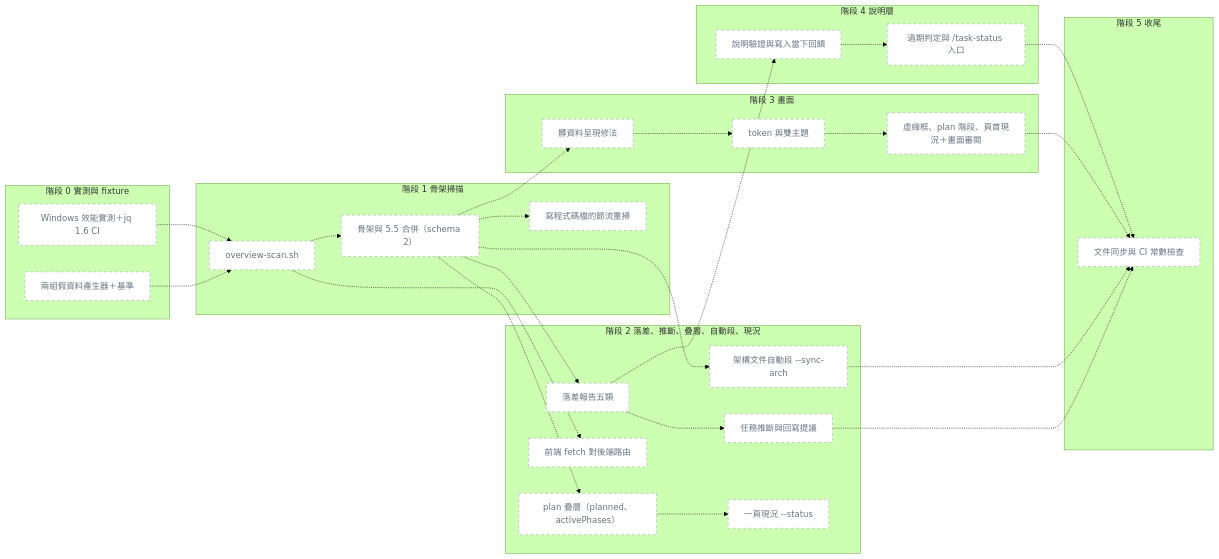
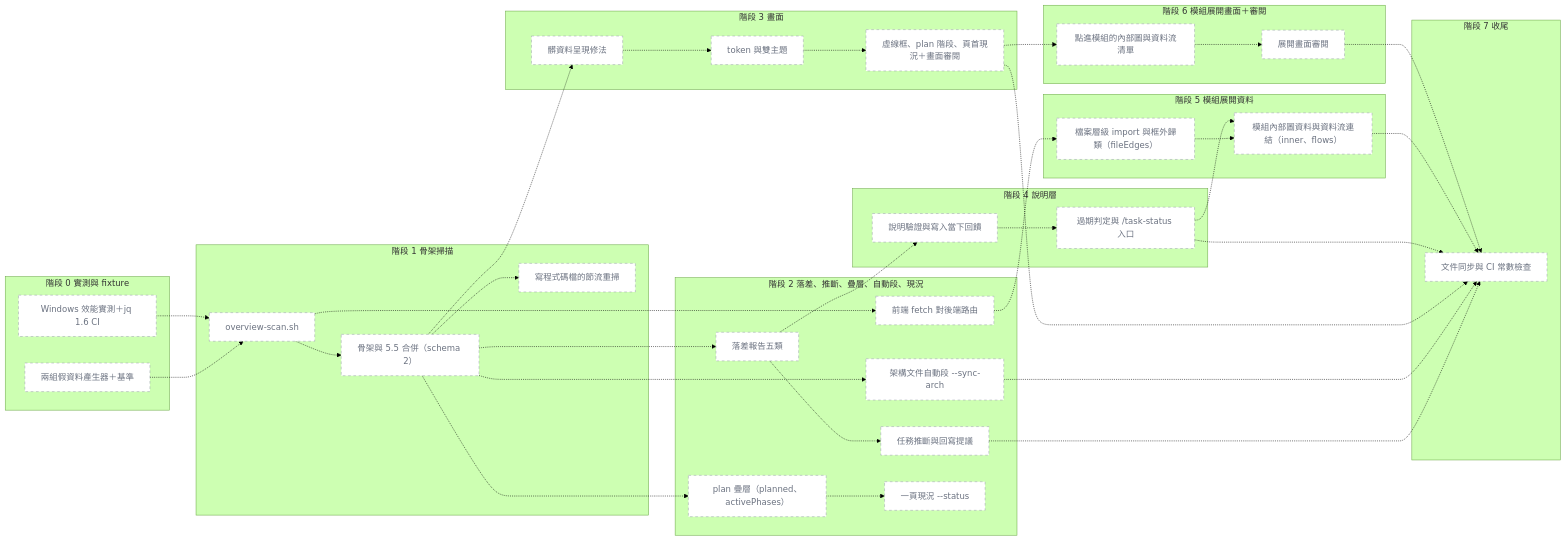
The diagram in .claude/taskmaster-data/plans/adhoc-2026-11-05-overview-from-code.md (bheadwei/claude-GUNDAM-zh-tw), drawn with Mermaid (forest theme) before and after one commit. The commit also changed other lines of this file and 8 other files, not shown here.

````diff
--- a/.claude/taskmaster-data/plans/adhoc-2026-11-05-overview-from-code.md
+++ b/.claude/taskmaster-data/plans/adhoc-2026-11-05-overview-from-code.md
@@ -58,53 +65,68 @@
 ```mermaid
 flowchart LR
   classDef planned fill:#ffffff,stroke:#9ca3af,stroke-dasharray:5 5,color:#6b7280
   subgraph s0["階段 0 實測與 fixture"]
     p1["兩組假資料產生器＋基準"]
     p2["Windows 效能實測＋jq 1.6 CI"]
   end
   subgraph s1["階段 1 骨架掃描"]
     p3["overview-scan.sh"]
     p4["骨架與 5.5 合併（schema 2）"]
     p5["寫程式碼檔的節流重掃"]
   end
   subgraph s2["階段 2 落差、推斷、疊層、自動段、現況"]
     p6["落差報告五類"]
     p7["任務推斷與回寫提議"]
     p8["前端 fetch 對後端路由"]
     p14["plan 疊層（planned、activePhases）"]
     p15["架構文件自動段 --sync-arch"]
     p16["一頁現況 --status"]
   end
   subgraph s3["階段 3 畫面"]
     p9["髒資料呈現修法"]
     p10["token 與雙主題"]
     p17["虛線框、plan 階段、頁首現況＋畫面審閱"]
   end
   subgraph s4["階段 4 說明層"]
     p11["說明驗證與寫入當下回饋"]
     p12["過期判定與 /task-status 入口"]
   end
-  subgraph s5["階段 5 收尾"]
+  subgraph s5["階段 5 模組展開資料"]
+    p18["檔案層級 import 與框外歸類（fileEdges）"]
+    p19["模組內部圖資料與資料流連結（inner、flows）"]
+  end
+  subgraph s6["階段 6 模組展開畫面＋審閱"]
+    p20["點進模組的內部圖與資料流清單"]
+    p21["展開畫面審閱"]
+  end
+  subgraph s7["階段 7 收尾"]
     p13["文件同步與 CI 常數檢查"]
   end
   p1 -.-> p3
   p2 -.-> p3
   p3 -.-> p4
   p4 -.-> p5
   p4 -.-> p6
   p6 -.-> p7
   p3 -.-> p8
   p4 -.-> p14
   p4 -.-> p15
   p14 -.-> p16
   p4 -.-> p9
   p9 -.-> p10
   p10 -.-> p17
   p6 -.-> p11
   p11 -.-> p12
   p7 -.-> p13
   p15 -.-> p13
   p17 -.-> p13
   p12 -.-> p13
-  class p1,p2,p3,p4,p5,p6,p7,p8,p9,p10,p11,p12,p13,p14,p15,p16,p17 planned
+  p8 -.-> p18
+  p18 -.-> p19
+  p12 -.-> p19
+  p17 -.-> p20
+  p20 -.-> p21
+  p19 -.-> p13
+  p21 -.-> p13
+  class p1,p2,p3,p4,p5,p6,p7,p8,p9,p10,p11,p12,p13,p14,p15,p16,p17,p18,p19,p20,p21 planned
 ```
````
